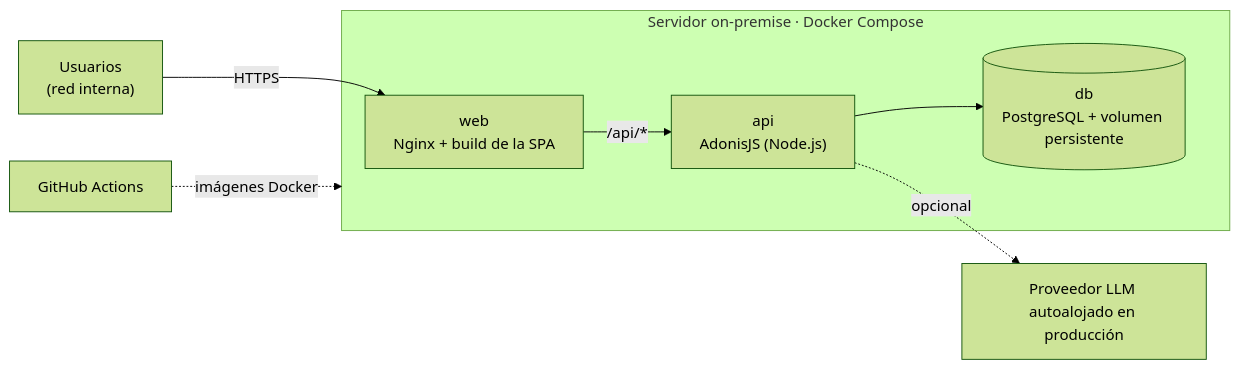
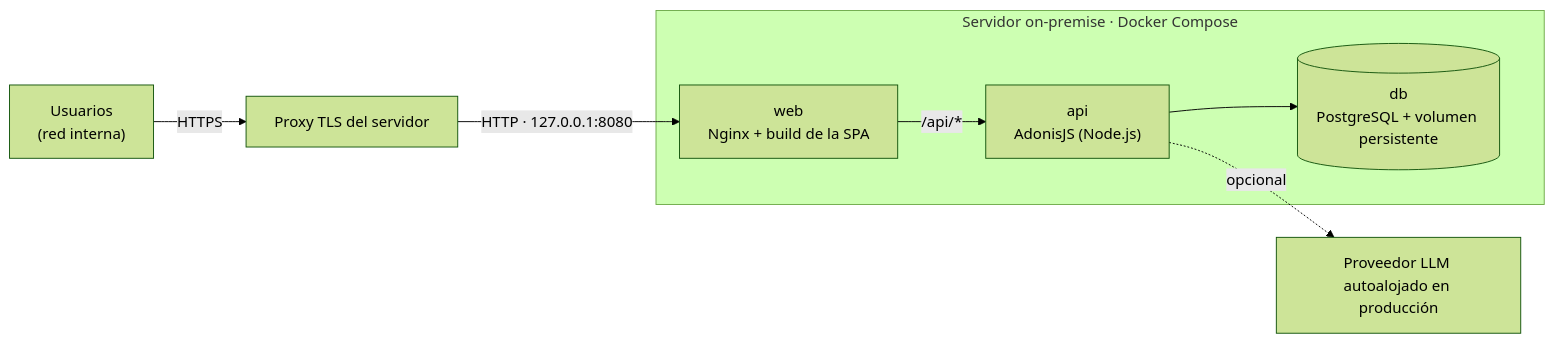
Before and after one commit to pedrolaralara/AI4Devs-finalproject: diagram 11 of 11 in ARQUITECTURA.md, drawn with Mermaid (forest theme). The commit also changed other lines of this file and 3 other files, not shown here.

````diff
--- a/ARQUITECTURA.md
+++ b/ARQUITECTURA.md
@@ -427,13 +427,13 @@
 ```mermaid
 flowchart LR
-    User["Usuarios<br/>(red interna)"] -- HTTPS --> Nginx
+    User["Usuarios<br/>(red interna)"] -- HTTPS --> TLS["Proxy TLS del servidor"]
+    TLS -- "HTTP · 127.0.0.1:8080" --> Nginx
     subgraph Host["Servidor on-premise · Docker Compose"]
         Nginx["web<br/>Nginx + build de la SPA"]
         Api["api<br/>AdonisJS (Node.js)"]
         Pg[("db<br/>PostgreSQL + volumen persistente")]
         Nginx -- "/api/*" --> Api
         Api --> Pg
     end
     Api -. "opcional" .-> LLM["Proveedor LLM autoalojado en producción"]
-    CI["GitHub Actions"] -. "imágenes Docker" .-> Host
 ```
````
